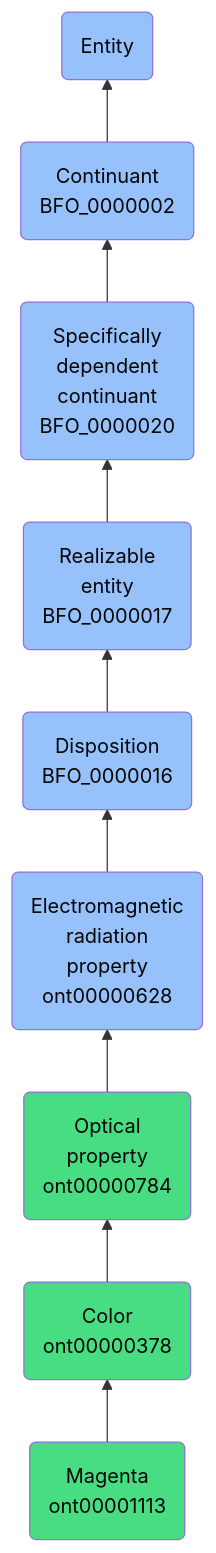
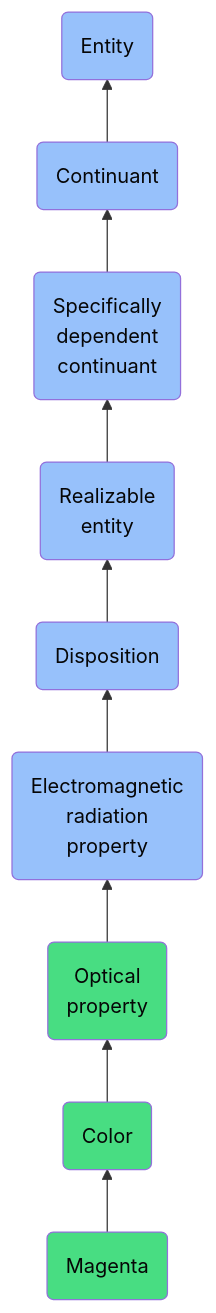
One commit to jupyter-naas/abi changed the diagram in docs/ontology/reference/model/Entity/Continuant/Specifically dependent continuant/Realizable entity/Disposition/Electromagnetic radiation property/Optical property/Color/Magenta/Magenta.md. Above: the diagram before and after it, drawn with Mermaid. The commit also changed other lines of this file and 1430 other files, not shown here.

````diff
--- a/docs/ontology/reference/model/Entity/Continuant/Specifically dependent continuant/Realizable entity/Disposition/Electromagnetic radiation property/Optical property/Color/Magenta/Magenta.md
+++ b/docs/ontology/reference/model/Entity/Continuant/Specifically dependent continuant/Realizable entity/Disposition/Electromagnetic radiation property/Optical property/Color/Magenta/Magenta.md
@@ -24,16 +24,16 @@
 ```mermaid
 graph BT
-    ont00001113(Magenta<br>ont00001113):::ABI-->ont00000378
-    ont00000378(Color<br>ont00000378):::ABI-->ont00000784
-    ont00000784(Optical<br>property<br>ont00000784):::ABI-->ont00000628
-    ont00000628(Electromagnetic<br>radiation<br>property<br>ont00000628):::BFO-->BFO_0000016
-    BFO_0000016(Disposition<br>BFO_0000016):::BFO-->BFO_0000017
-    BFO_0000017(Realizable<br>entity<br>BFO_0000017):::BFO-->BFO_0000020
-    BFO_0000020(Specifically<br>dependent<br>continuant<br>BFO_0000020):::BFO-->BFO_0000002
-    BFO_0000002(Continuant<br>BFO_0000002):::BFO-->BFO_0000001
+    ont00001113(Magenta):::ABI-->ont00000378
+    ont00000378(Color):::ABI-->ont00000784
+    ont00000784(Optical<br>property):::ABI-->ont00000628
+    ont00000628(Electromagnetic<br>radiation<br>property):::BFO-->BFO_0000016
+    BFO_0000016(Disposition):::BFO-->BFO_0000017
+    BFO_0000017(Realizable<br>entity):::BFO-->BFO_0000020
+    BFO_0000020(Specifically<br>dependent<br>continuant):::BFO-->BFO_0000002
+    BFO_0000002(Continuant):::BFO-->BFO_0000001
     BFO_0000001(Entity):::BFO
     
     classDef BFO fill:#97c1fb,color:#060606
     classDef CCO fill:#e4c51e,color:#060606
     classDef ABI fill:#48DD82,color:#060606
 ```
````
